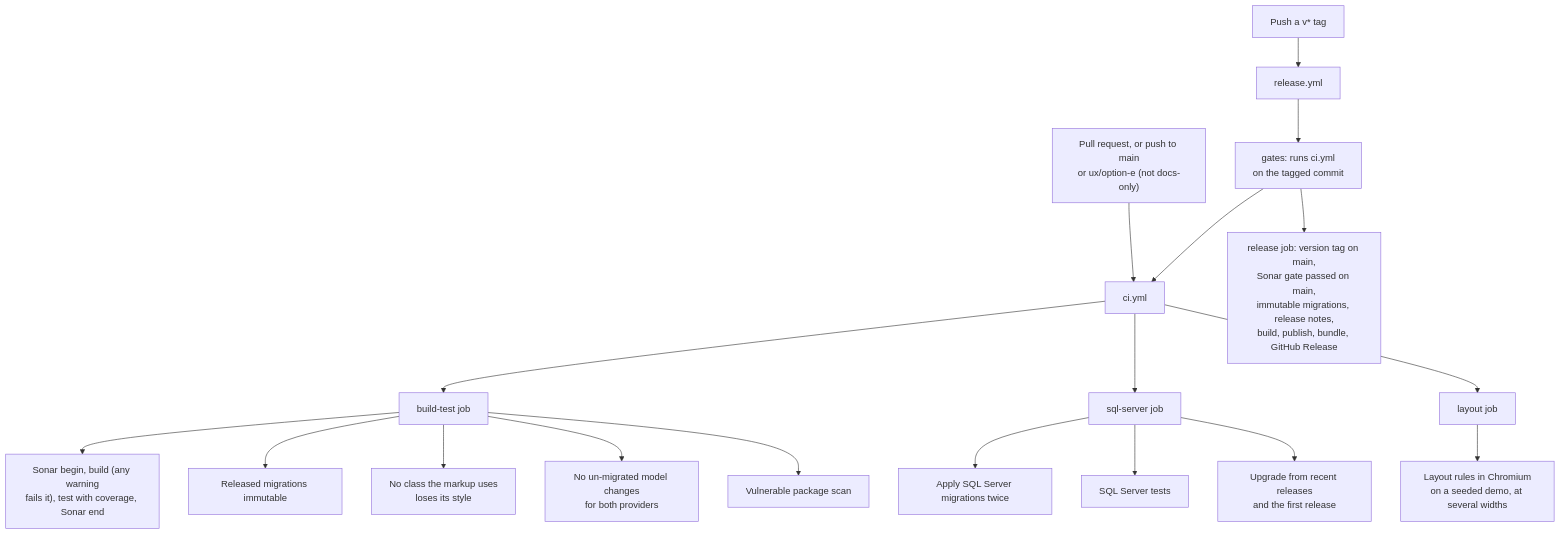
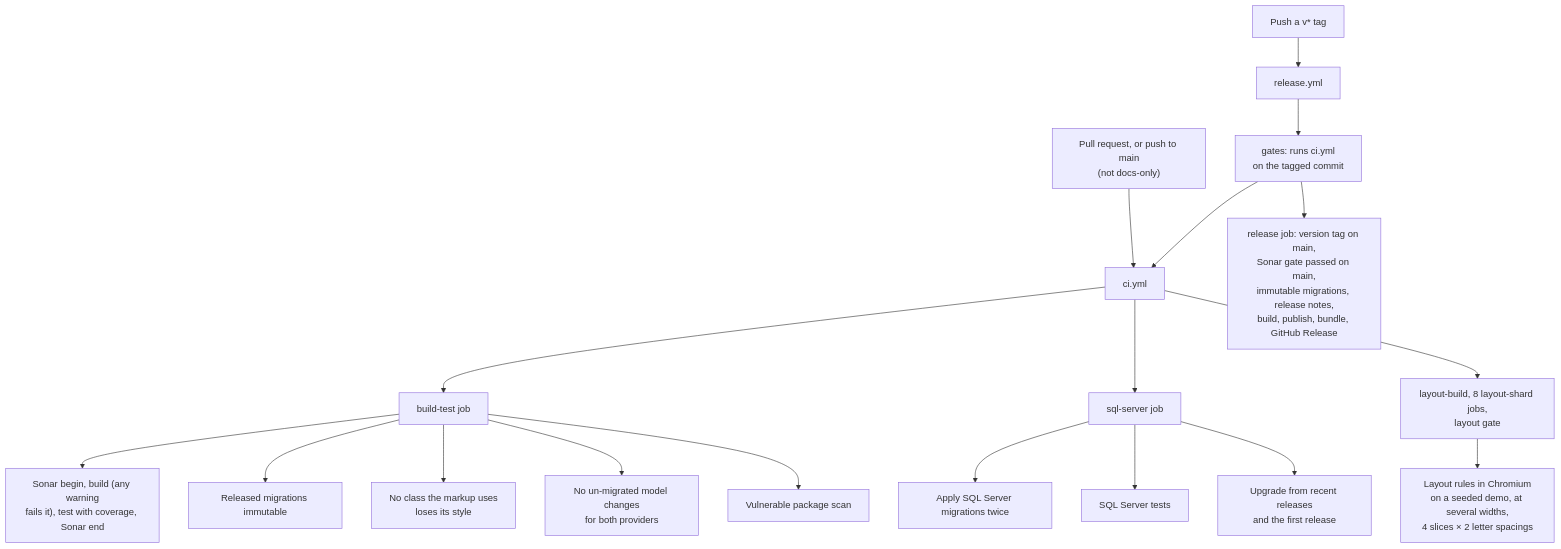
One commit to jashley92/Tide changed the second of 2 diagrams in docs/development/testing.md. Above: the diagram before and after it, drawn with Mermaid. The commit also changed other lines of this file and 103 other files, not shown here.

````diff
--- a/docs/development/testing.md
+++ b/docs/development/testing.md
@@ -294,20 +294,20 @@
 ```mermaid
 flowchart TD
-    PR["Pull request, or push to main<br/>or ux/option-e (not docs-only)"] --> CI["ci.yml"]
+    PR["Pull request, or push to main<br/>(not docs-only)"] --> CI["ci.yml"]
     Tag["Push a v* tag"] --> REL["release.yml"]
     REL --> G["gates: runs ci.yml<br/>on the tagged commit"]
     G --> CI
     CI --> BT["build-test job"]
     CI --> SQL["sql-server job"]
-    CI --> LAY["layout job"]
+    CI --> LAY["layout-build, 8 layout-shard jobs,<br/>layout gate"]
     BT --> B1["Sonar begin, build (any warning<br/>fails it), test with coverage, Sonar end"]
     BT --> B2["Released migrations immutable"]
     BT --> B5["No class the markup uses<br/>loses its style"]
     BT --> B3["No un-migrated model changes<br/>for both providers"]
     BT --> B4["Vulnerable package scan"]
     SQL --> S1["Apply SQL Server migrations twice"]
     SQL --> S2["SQL Server tests"]
     SQL --> S3["Upgrade from recent releases<br/>and the first release"]
-    LAY --> L1["Layout rules in Chromium<br/>on a seeded demo, at several widths"]
+    LAY --> L1["Layout rules in Chromium<br/>on a seeded demo, at several widths,<br/>4 slices × 2 letter spacings"]
     G --> R["release job: version tag on main,<br/>Sonar gate passed on main,<br/>immutable migrations, release notes,<br/>build, publish, bundle, GitHub Release"]
 ```
````
